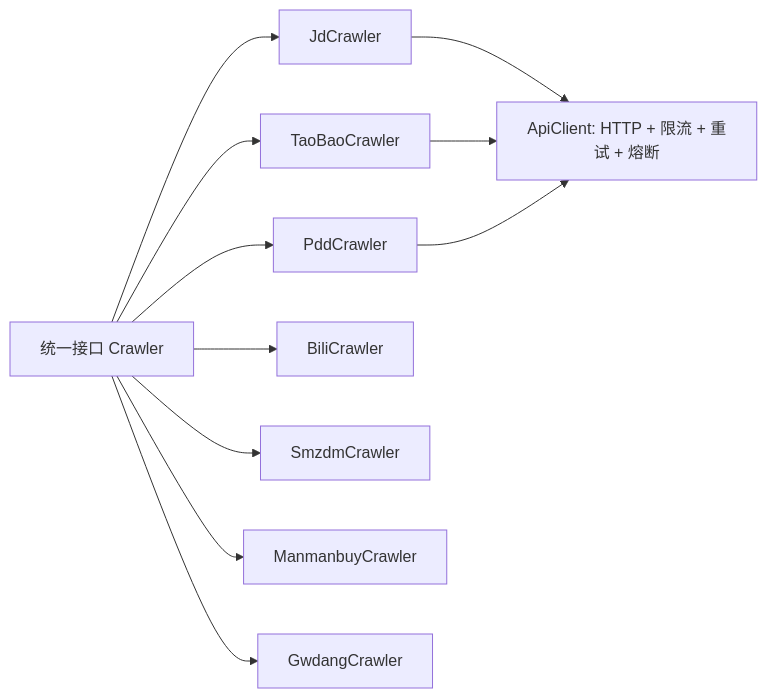
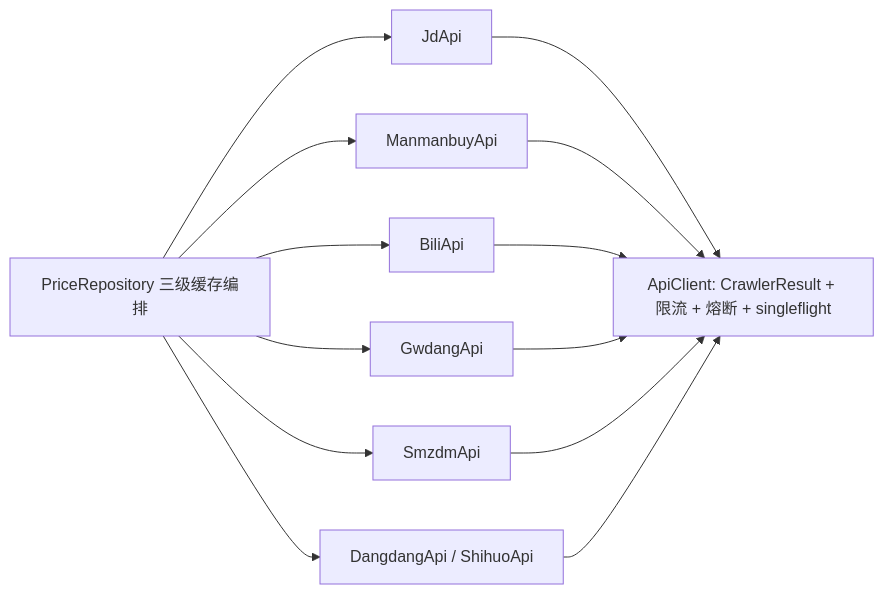
One commit to wuliao00/PriceLens changed the first of 2 diagrams in docs/DEVELOPMENT.md. Above: the diagram before and after it, drawn with Mermaid. The commit also changed other lines of this file and 91 other files, not shown here.

````diff
--- a/docs/DEVELOPMENT.md
+++ b/docs/DEVELOPMENT.md
@@ -201,14 +204,16 @@
 ```mermaid
 graph LR
-    A[统一接口 Crawler] --> B[JdCrawler]
-    A --> C[TaoBaoCrawler]
-    A --> D[PddCrawler]
-    A --> E[BiliCrawler]
-    A --> F[SmzdmCrawler]
-    A --> G[ManmanbuyCrawler]
-    A --> H[GwdangCrawler]
-    
-    B --> I[ApiClient: HTTP + 限流 + 重试 + 熔断]
+    A[PriceRepository 三级缓存编排] --> B[JdApi]
+    A --> C[ManmanbuyApi]
+    A --> D[BiliApi]
+    A --> E[GwdangApi]
+    A --> F[SmzdmApi]
+    A --> G[DangdangApi / ShihuoApi]
+
+    B --> I[ApiClient: CrawlerResult + 限流 + 熔断 + singleflight]
     C --> I
     D --> I
+    E --> I
+    F --> I
+    G --> I
 ```
````
